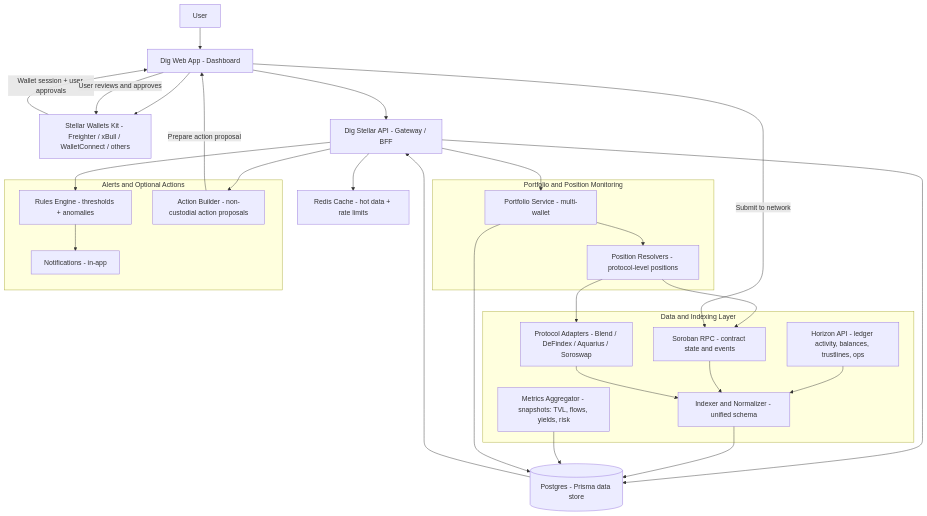
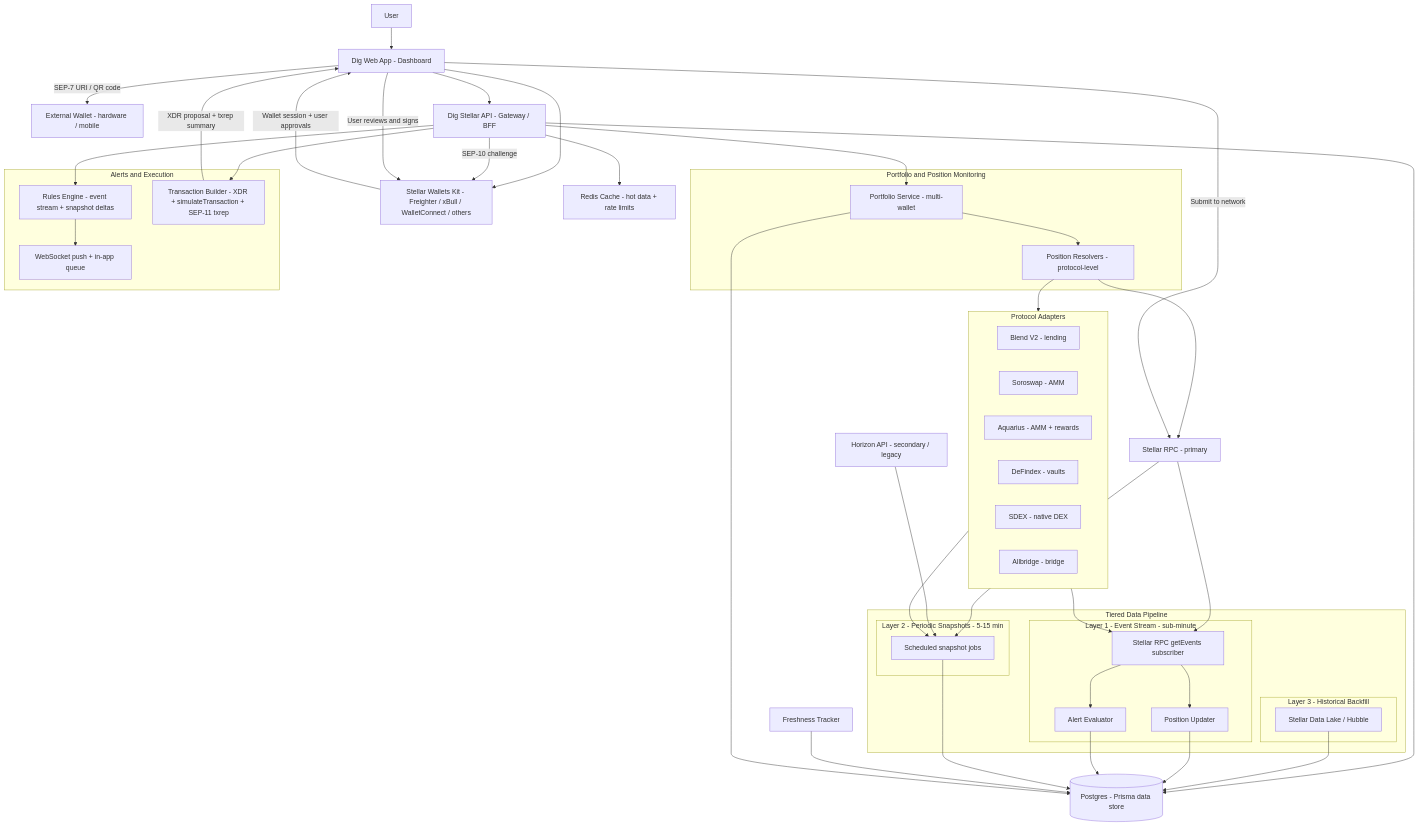
Before and after one commit to Mael-wnb/dig-stellar: the first of 3 diagrams in docs/TECHNICAL_ARCHITECTURE.md, drawn with Mermaid. The commit also changed other lines of this file, not shown here.

Commit message:
doc: technical_architecture_v2

````diff
--- a/docs/TECHNICAL_ARCHITECTURE.md
+++ b/docs/TECHNICAL_ARCHITECTURE.md
@@ -36,49 +24,80 @@
   UI --> WK[Stellar Wallets Kit - Freighter / xBull / WalletConnect / others]
   WK -->|Wallet session + user approvals| UI
 
+  %% SEP-7 handoff
+  UI -->|SEP-7 URI / QR code| ExtWallet[External Wallet - hardware / mobile]
+
   %% Backend gateway
   UI --> API[Dig Stellar API - Gateway / BFF]
   API --> Cache[Redis Cache - hot data + rate limits]
   API --> DB[(Postgres - Prisma data store)]
 
-  %% Data & Indexing
-  subgraph Data[Data and Indexing Layer]
-    Horizon[Horizon API - ledger activity, balances, trustlines, ops]
-    SorobanRPC[Soroban RPC - contract state and events]
-    Adapters[Protocol Adapters - Blend / DeFindex / Aquarius / Soroswap]
-    Indexer[Indexer and Normalizer - unified schema]
-    Agg[Metrics Aggregator - snapshots: TVL, flows, yields, risk]
+  %% Authentication
+  API -->|SEP-10 challenge| WK
+
+  %% Data & Indexing - Tiered Pipeline
+  subgraph Pipeline[Tiered Data Pipeline]
+    subgraph Layer1[Layer 1 - Event Stream - sub-minute]
+      Events[Stellar RPC getEvents subscriber]
+      PosUpdate[Position Updater]
+      AlertEval[Alert Evaluator]
+    end
+    subgraph Layer2[Layer 2 - Periodic Snapshots - 5-15 min]
+      Snapshots[Scheduled snapshot jobs]
+    end
+    subgraph Layer3[Layer 3 - Historical Backfill]
+      Backfill[Stellar Data Lake / Hubble]
+    end
   end
 
-  Horizon --> Indexer
-  SorobanRPC --> Indexer
-  Adapters --> Indexer
-  Indexer --> DB
-  Agg --> DB
-  DB --> API
+  %% Data Sources
+  StellarRPC[Stellar RPC - primary] --> Events
+  StellarRPC --> Snapshots
+  Horizon[Horizon API - secondary / legacy] --> Snapshots
+  Backfill --> DB
+
+  Events --> PosUpdate --> DB
+  Events --> AlertEval --> DB
+  Snapshots --> DB
+
+  %% Protocol Adapters
+  subgraph Adapters[Protocol Adapters]
+    Blend[Blend V2 - lending]
+    Soroswap[Soroswap - AMM]
+    Aquarius[Aquarius - AMM + rewards]
+    DeFindex[DeFindex - vaults]
+    SDEX[SDEX - native DEX]
+    Allbridge[Allbridge - bridge]
+  end
+
+  Adapters --> Snapshots
+  Adapters --> Events
+
+  %% Freshness
+  Fresh[Freshness Tracker] --> DB
 
   %% Portfolio
   subgraph Portfolio[Portfolio and Position Monitoring]
     PortSvc[Portfolio Service - multi-wallet]
-    PosSvc[Position Resolvers - protocol-level positions]
+    PosSvc[Position Resolvers - protocol-level]
   end
 
   API --> PortSvc
   PortSvc --> DB
   PortSvc --> PosSvc
-  PosSvc --> SorobanRPC
+  PosSvc --> StellarRPC
   PosSvc --> Adapters
 
-  %% Alerts & Optional Actions
-  subgraph Actions[Alerts and Optional Actions]
-    Rules[Rules Engine - thresholds + anomalies]
-    Notif[Notifications - in-app]
-    Exec[Action Builder - non-custodial action proposals]
+  %% Alerts & Execution
+  subgraph Actions[Alerts and Execution]
+    Rules[Rules Engine - event stream + snapshot deltas]
+    Notif[WebSocket push + in-app queue]
+    TxBuilder[Transaction Builder - XDR + simulateTransaction + SEP-11 txrep]
   end
 
   API --> Rules --> Notif
-  API --> Exec
-  Exec -->|Prepare action proposal| UI
-  UI -->|User reviews and approves| WK
-  UI -->|Submit to network| SorobanRPC
+  API --> TxBuilder
+  TxBuilder -->|XDR proposal + txrep summary| UI
+  UI -->|User reviews and signs| WK
+  UI -->|Submit to network| StellarRPC
 ```
````
